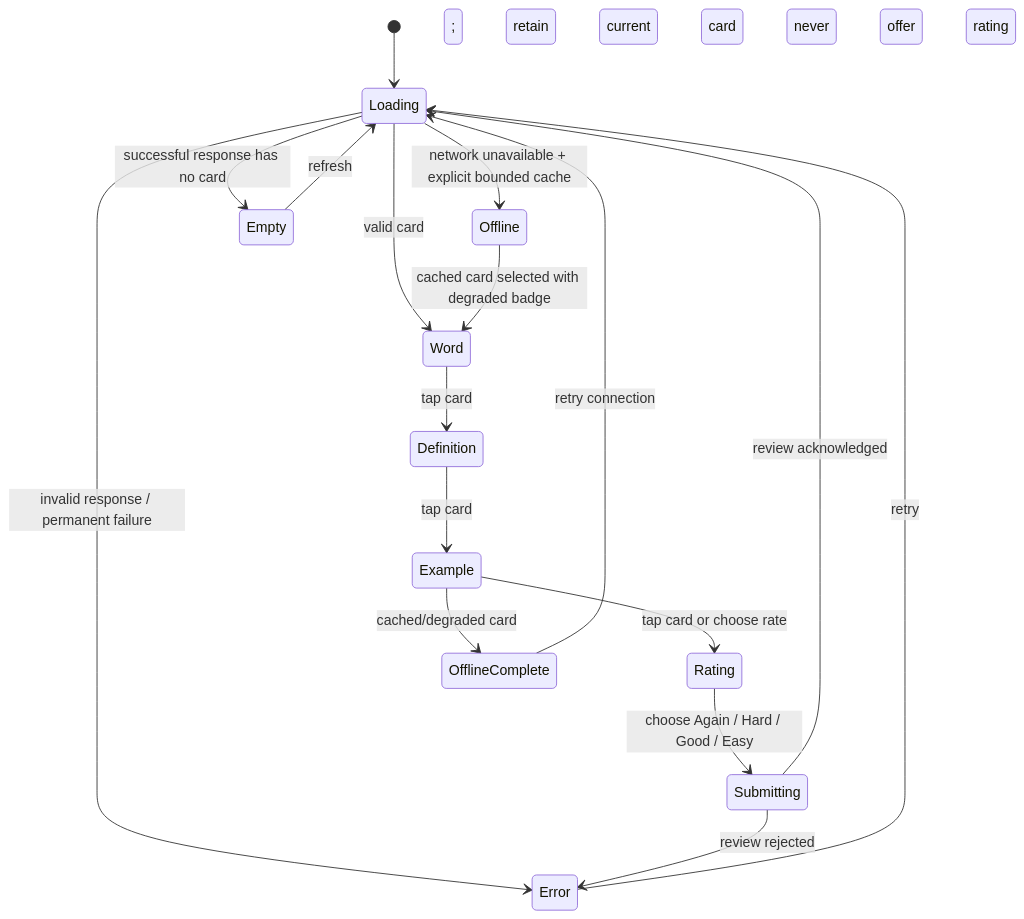
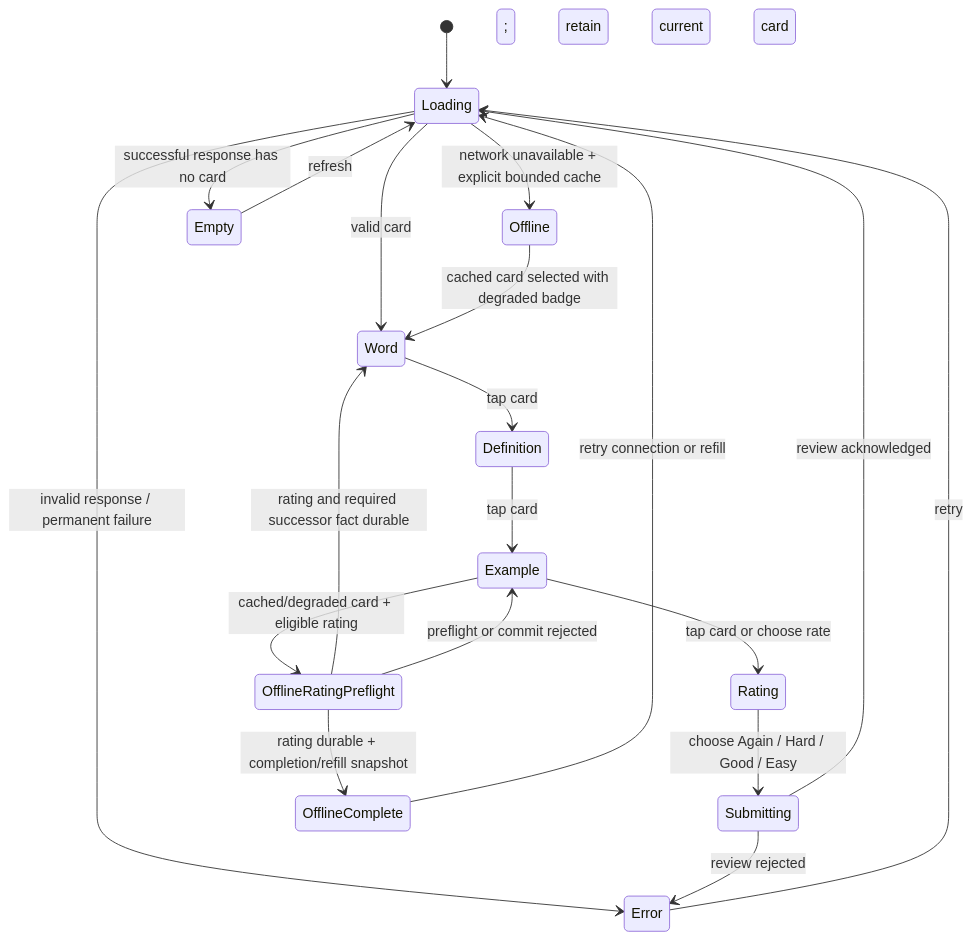
The first of 2 diagrams in docs/behavior/flash-card-ux.md (scshafe/embedded-house-panel), drawn with Mermaid before and after one commit. The commit also changed other lines of this file and 6 other files, not shown here.

````diff
--- a/docs/behavior/flash-card-ux.md
+++ b/docs/behavior/flash-card-ux.md
@@ -22,19 +34,22 @@
 ```mermaid
 stateDiagram-v2
     [*] --> Loading
     Loading --> Word: valid card
     Loading --> Offline: network unavailable + explicit bounded cache
     Loading --> Empty: successful response has no card
     Loading --> Error: invalid response / permanent failure
     Word --> Definition: tap card
     Definition --> Example: tap card
     Example --> Rating: tap card or choose rate
     Rating --> Submitting: choose Again / Hard / Good / Easy
     Submitting --> Loading: review acknowledged
     Submitting --> Error: review rejected; retain current card
     Offline --> Word: cached card selected with degraded badge
-    Example --> OfflineComplete: cached/degraded card; never offer rating
-    OfflineComplete --> Loading: retry connection
+    Example --> OfflineRatingPreflight: cached/degraded card + eligible rating
+    OfflineRatingPreflight --> Word: rating and required successor fact durable
+    OfflineRatingPreflight --> OfflineComplete: rating durable + completion/refill snapshot
+    OfflineRatingPreflight --> Example: preflight or commit rejected; retain card
+    OfflineComplete --> Loading: retry connection or refill
     Error --> Loading: retry
     Empty --> Loading: refresh
 ```
````
